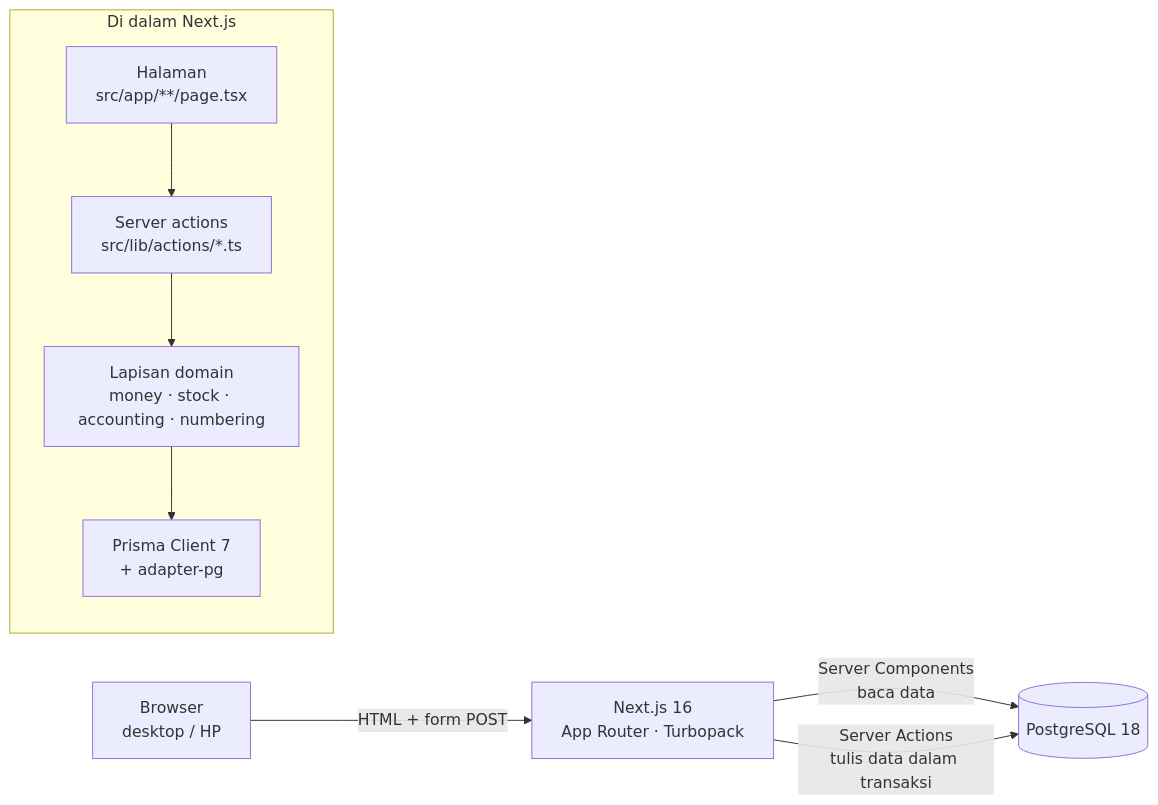
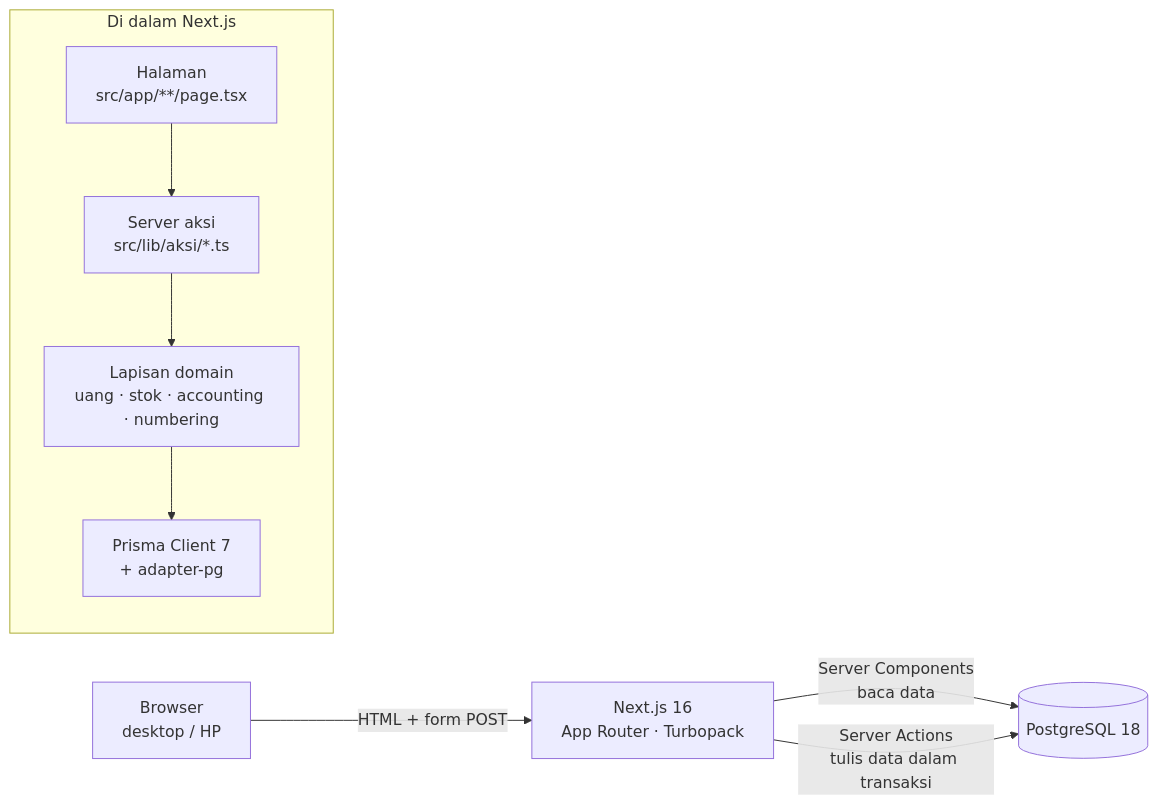
Before and after one commit to dreinst/accuratecopy: the first of 6 diagrams in ARCHITECTURE.md, drawn with Mermaid. The commit also changed other lines of this file and 194 other files, not shown here.

````diff
--- a/ARCHITECTURE.md
+++ b/ARCHITECTURE.md
@@ -13,13 +13,13 @@
 ```mermaid
 flowchart LR
     B[Browser<br/>desktop / HP] -->|HTML + form POST| N[Next.js 16<br/>App Router · Turbopack]
     N -->|Server Components<br/>baca data| P[(PostgreSQL 18)]
     N -->|Server Actions<br/>tulis data dalam transaksi| P
     subgraph NX[Di dalam Next.js]
       RSC[Halaman<br/>src/app/**/page.tsx]
-      ACT[Server actions<br/>src/lib/actions/*.ts]
-      LIB[Lapisan domain<br/>money · stock · accounting · numbering]
+      ACT[Server aksi<br/>src/lib/aksi/*.ts]
+      LIB[Lapisan domain<br/>uang · stok · accounting · numbering]
       PRISMA[Prisma Client 7<br/>+ adapter-pg]
       RSC --> ACT --> LIB --> PRISMA
     end
 ```
````
